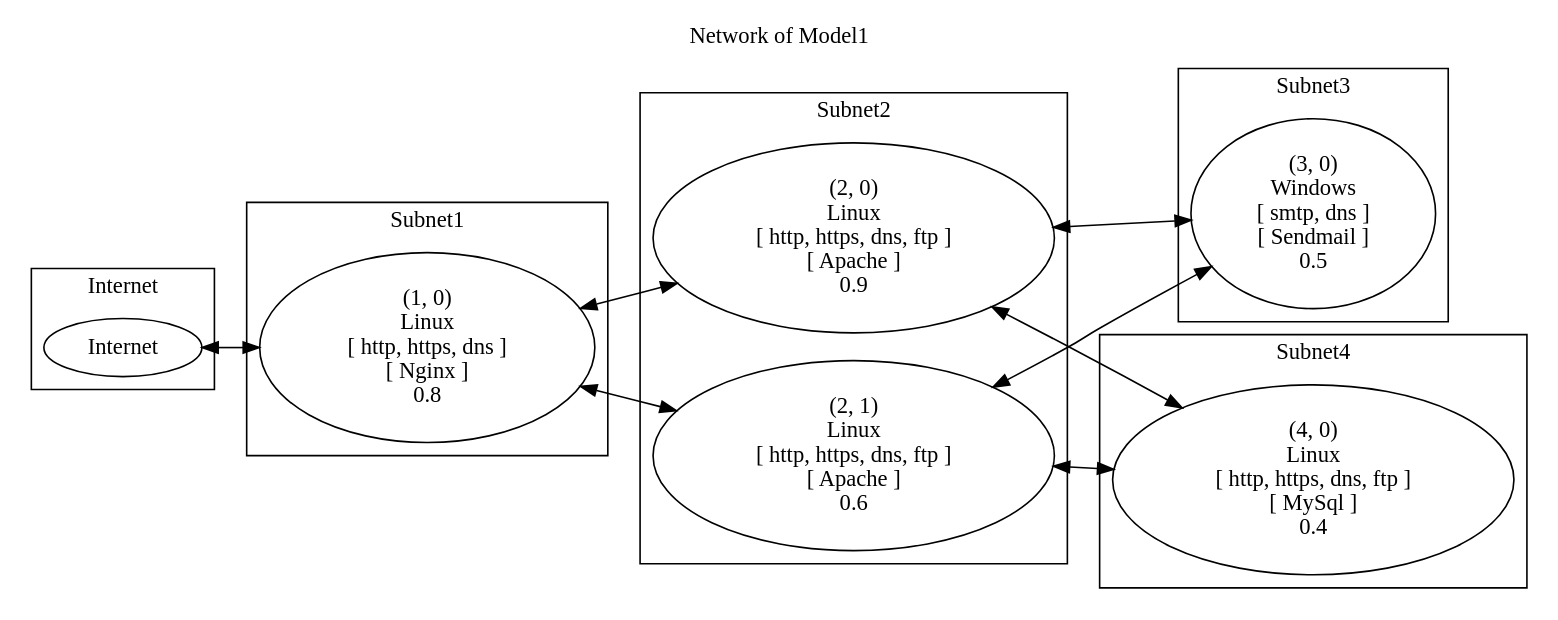
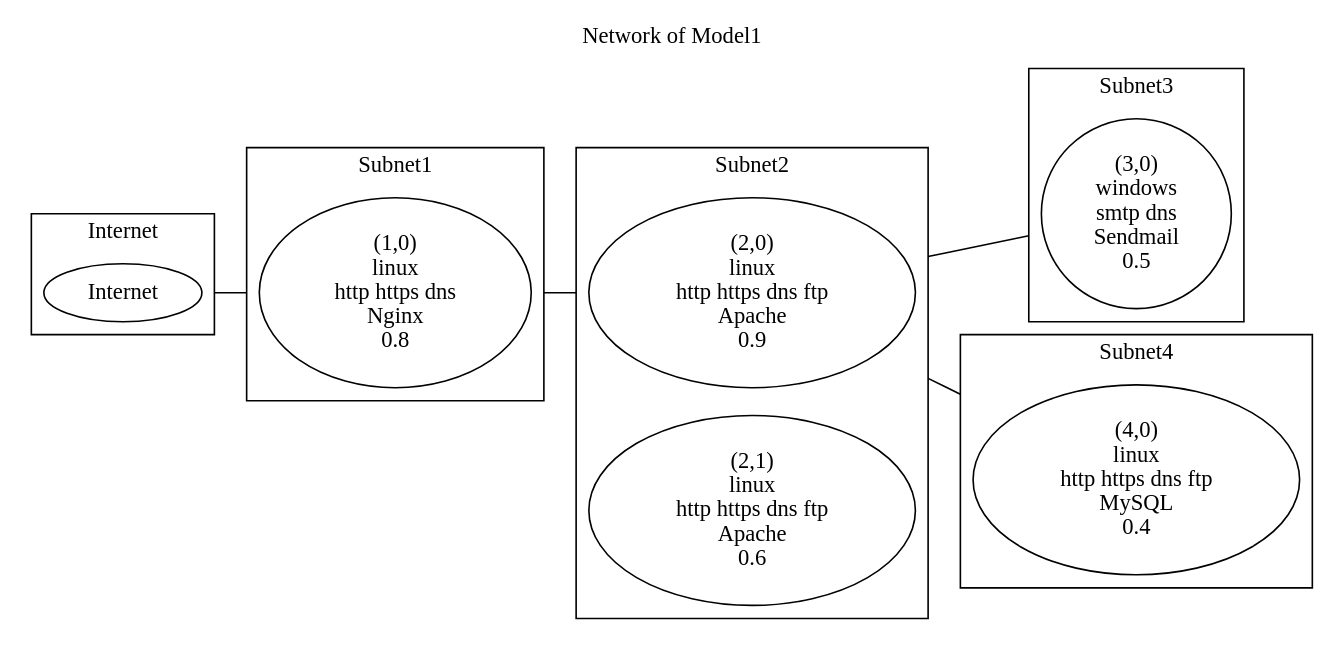
One commit to riasati/EvaluatingCSA changed the diagram in BPMN-Network-Model/Model1/Network.gv. Above: the diagram before and after it, drawn with Graphviz. The commit also changed 12 other files, not shown here.

```diff
--- a/BPMN-Network-Model/Model1/Network.gv
+++ b/BPMN-Network-Model/Model1/Network.gv
@@ -1,28 +1,34 @@
-digraph Network {
-
-    label = "Network of Model1";
-    labelloc = "t"; // place the label at the top
-    rankdir=LR;
-    compound=true;
-
-    subgraph cluster_one { label="Internet"  Internet }
-    subgraph cluster_two { label="Subnet1"  A }
-    subgraph cluster_three { label="Subnet2" B C }
-    subgraph cluster_four { label="Subnet3" D }
-    subgraph cluster_five { label="Subnet4" E }
-
-	A [label = "(1, 0)\nLinux\n[ http, https, dns ]\n[ Nginx ]\n0.8"]
-    B [label = "(2, 0)\nLinux\n[ http, https, dns, ftp ]\n[ Apache ]\n0.9"]
-    C [label = "(2, 1)\nLinux\n[ http, https, dns, ftp ]\n[ Apache ]\n0.6"]
-    D [label = "(3, 0)\nWindows\n[ smtp, dns ]\n[ Sendmail ]\n0.5"]
-    E [label = "(4, 0)\nLinux\n[ http, https, dns, ftp ]\n[ MySql ]\n0.4"]
-
-    Internet -> A [dir=both]
-    A -> B [dir=both]
-    A -> C [dir=both]
-    B -> D [dir=both]
-    C -> D [dir=both]
-    B -> E [dir=both]
-    C -> E [dir=both]
-
+// Network
+graph Network {
+	graph [compound=true label="Network of Model1" labelloc=t rankdir=LR]
+	subgraph cluster_internet {
+		label=Internet
+		Internet
+	}
+	subgraph cluster_subnet1 {
+		label=Subnet1
+		"(1,0)"
+	}
+	subgraph cluster_subnet2 {
+		label=Subnet2
+		"(2,0)"
+		"(2,1)"
+	}
+	subgraph cluster_subnet3 {
+		label=Subnet3
+		"(3,0)"
+	}
+	subgraph cluster_subnet4 {
+		label=Subnet4
+		"(4,0)"
+	}
+	"(1,0)" [label="(1,0)\nlinux\nhttp https dns\nNginx\n0.8"]
+	"(2,0)" [label="(2,0)\nlinux\nhttp https dns ftp\nApache\n0.9"]
+	"(2,1)" [label="(2,1)\nlinux\nhttp https dns ftp\nApache\n0.6"]
+	"(3,0)" [label="(3,0)\nwindows\nsmtp dns\nSendmail\n0.5"]
+	"(4,0)" [label="(4,0)\nlinux\nhttp https dns ftp\nMySQL\n0.4"]
+	Internet -- "(1,0)" [lhead=cluster_subnet1 ltail=cluster_internet]
+	"(1,0)" -- "(2,0)" [lhead=cluster_subnet2 ltail=cluster_subnet1]
+	"(2,0)" -- "(3,0)" [lhead=cluster_subnet3 ltail=cluster_subnet2]
+	"(2,0)" -- "(4,0)" [lhead=cluster_subnet4 ltail=cluster_subnet2]
 }
```
